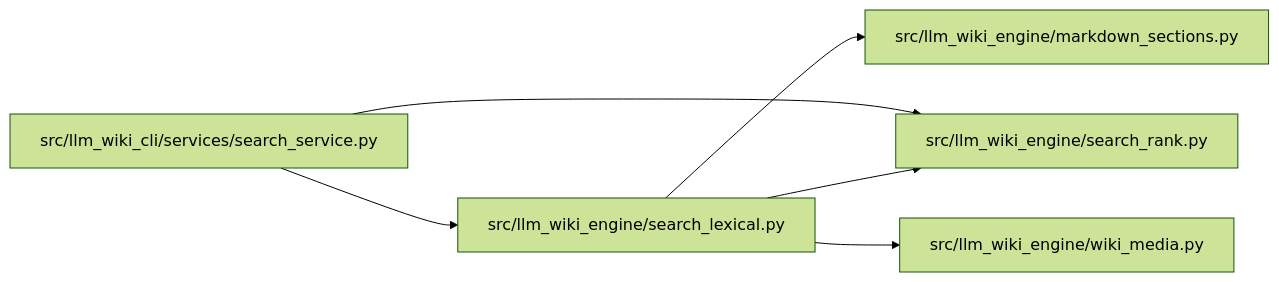
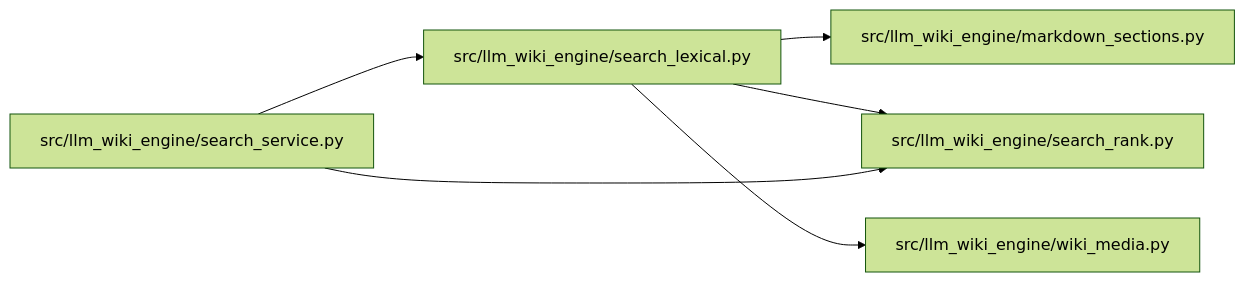
Before and after one commit to Denissvgn/python-wiki-llm: the diagram in docs/llm_wiki/modules/search_lexical.md, drawn with Mermaid (forest theme). The commit also changed 648 other files, not shown here.

Commit message:
docs: refresh the wiki for the engine task contract and search

````diff
--- a/docs/llm_wiki/modules/search_lexical.md
+++ b/docs/llm_wiki/modules/search_lexical.md
@@ -84,18 +84,18 @@
 ```mermaid
 flowchart LR
-    n0["src/llm_wiki_cli/services/search_service.py"]
-    n1["src/llm_wiki_engine/markdown_sections.py"]
-    n2["src/llm_wiki_engine/search_lexical.py"]
-    n3["src/llm_wiki_engine/search_rank.py"]
+    n0["src/llm_wiki_engine/markdown_sections.py"]
+    n1["src/llm_wiki_engine/search_lexical.py"]
+    n2["src/llm_wiki_engine/search_rank.py"]
+    n3["src/llm_wiki_engine/search_service.py"]
     n4["src/llm_wiki_engine/wiki_media.py"]
-    n0 --> n2
-    n0 --> n3
-    n2 --> n1
-    n2 --> n3
-    n2 --> n4
-    click n0 "../modules/search_service.md"
-    click n1 "../modules/markdown_sections.md"
-    click n2 "../modules/search_lexical.md"
-    click n3 "../modules/search_rank.md"
+    n1 --> n0
+    n1 --> n2
+    n1 --> n4
+    n3 --> n1
+    n3 --> n2
+    click n0 "../modules/markdown_sections.md"
+    click n1 "../modules/search_lexical.md"
+    click n2 "../modules/search_rank.md"
+    click n3 "../modules/search_service.md"
     click n4 "../modules/wiki_media.md"
 ```
````
